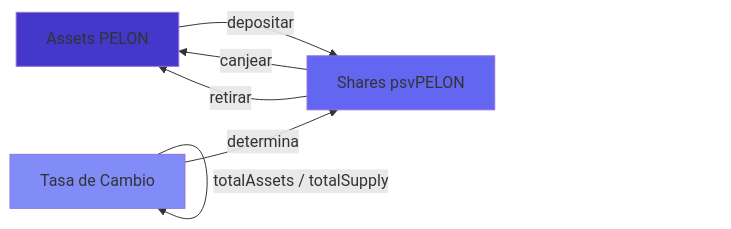
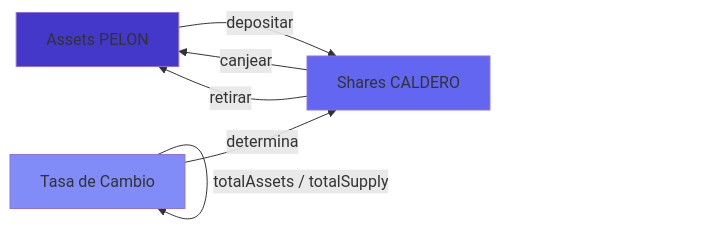
Before and after one commit to PelonClub/PelonClub-BaseNetwork-Monorepo: the second of 5 diagrams in docs/es/guia-usuario-vault-staking.md, drawn with Mermaid. The commit also changed other lines of this file and 9 other files, not shown here.

````diff
--- a/docs/es/guia-usuario-vault-staking.md
+++ b/docs/es/guia-usuario-vault-staking.md
@@ -96,12 +92,12 @@
 ```mermaid
 graph LR
-    A[Assets PELON] -->|depositar| B[Shares psvPELON]
+    A[Assets PELON] -->|depositar| B[Shares CALDERO]
     B -->|canjear| A
     B -->|retirar| A
     C[Tasa de Cambio] -->|determina| B
     C -->|totalAssets / totalSupply| C
     
     style A fill:#4338ca
     style B fill:#6366f1
     style C fill:#818cf8
 ```
````
